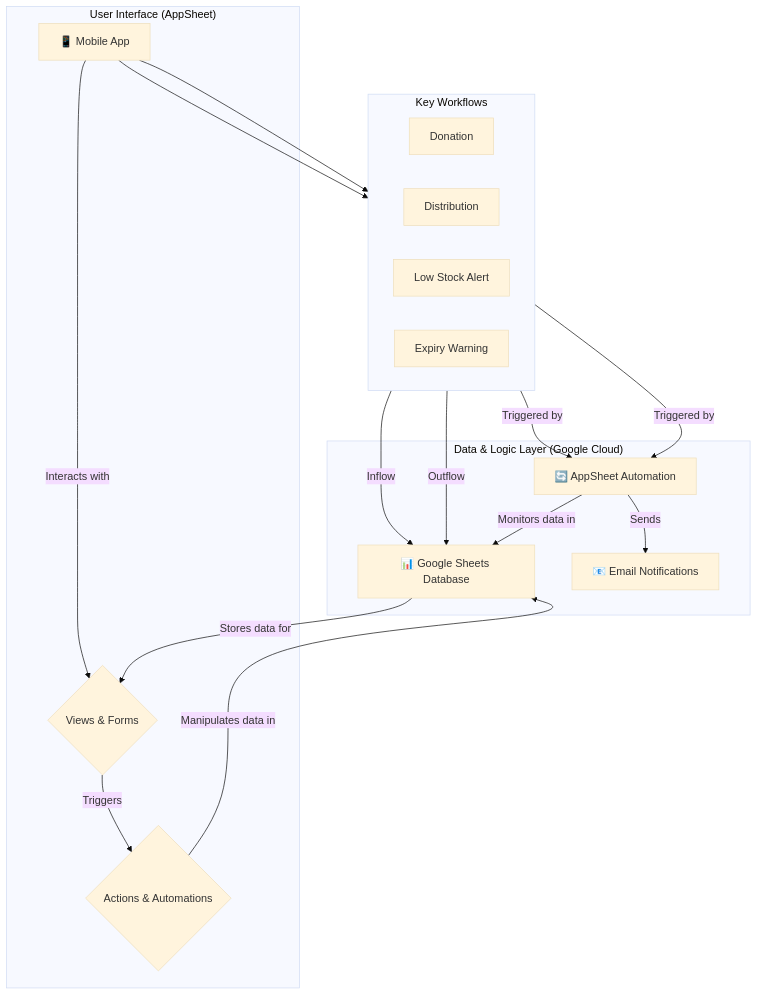
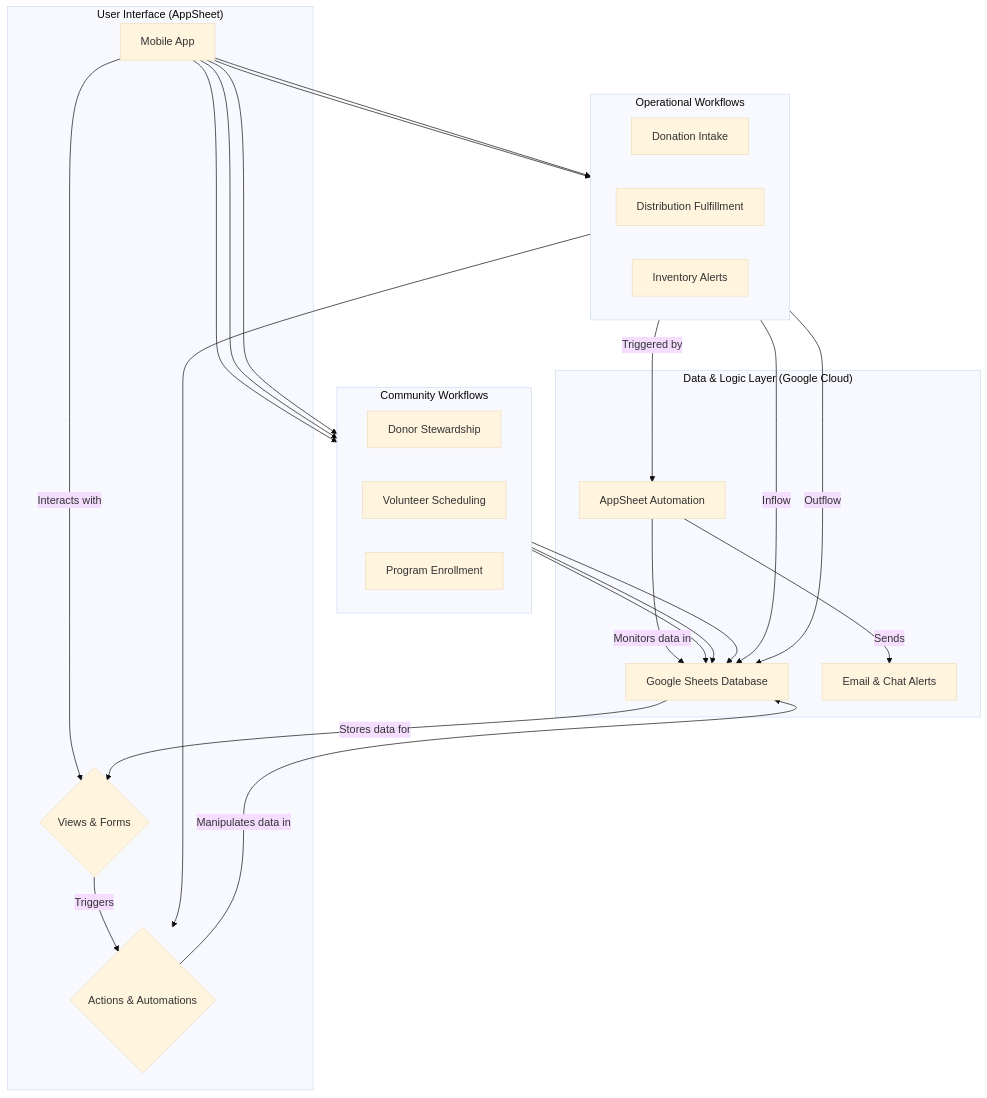
Before and after one commit to durume/GM: the diagram in foodbank/README.en.md, drawn with Mermaid (base theme). The commit also changed other lines of this file and 19 other files, not shown here.

First line of the commit message:
Enhance Gwangmyeong Food Bank AppSheet project documentation and database structure

````diff
--- a/foodbank/README.en.md
+++ b/foodbank/README.en.md
@@ -15,28 +48,38 @@
 ```mermaid
 graph TD
     subgraph "User Interface (AppSheet)"
-        A[📱 Mobile App]
+        A[Mobile App]
         A -- Interacts with --> B{Views & Forms};
         B -- Triggers --> C{Actions & Automations};
     end
 
     subgraph "Data & Logic Layer (Google Cloud)"
-        D[📊 Google Sheets Database]
+        D[Google Sheets Database]
         D -- Stores data for --> B;
         C -- Manipulates data in --> D;
-        E[🔄 AppSheet Automation]
+        E[AppSheet Automation]
         E -- Monitors data in --> D;
-        E -- Sends --> F[📧 Email Notifications];
+        E -- Sends --> F[Email & Chat Alerts];
     end
 
-    subgraph "Key Workflows"
+    subgraph "Operational Workflows"
         direction LR
-        G[Donation] -- Inflow --> D;
-        H[Distribution] -- Outflow --> D;
-        I[Low Stock Alert] -- Triggered by --> E;
-        J[Expiry Warning] -- Triggered by --> E;
+        G[Donation Intake] -- Inflow --> D;
+        H[Distribution Fulfillment] -- Outflow --> D;
+        I[Inventory Alerts] -- Triggered by --> E;
+    end
+
+    subgraph "Community Workflows"
+        direction LR
+        K[Donor Stewardship] --> D;
+        L[Volunteer Scheduling] --> D;
+        M[Program Enrollment] --> D;
     end
 
     A --> G;
     A --> H;
+    A --> K;
+    A --> L;
+    A --> M;
+    I --> C;
 ```
````
